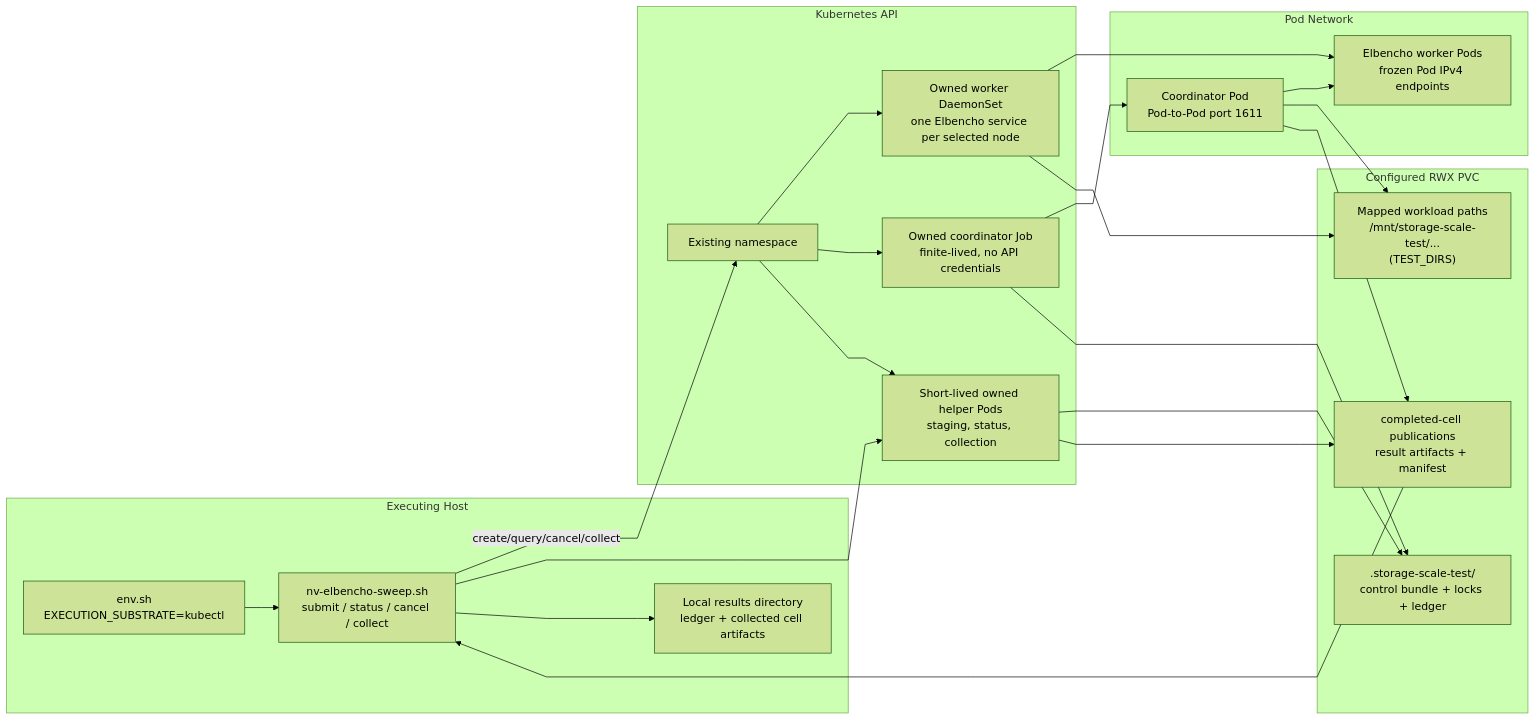
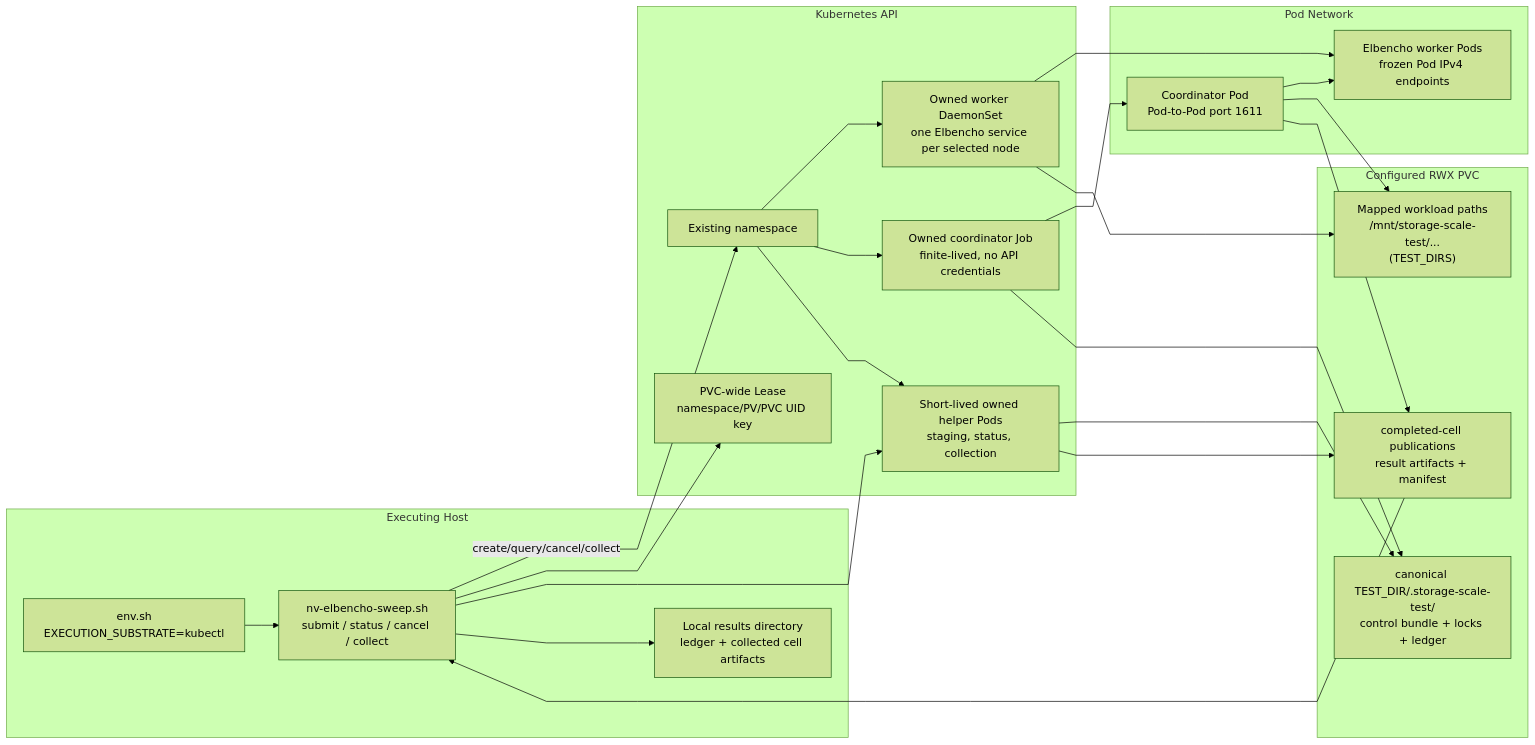
Before and after one commit to NVIDIA/storage-scale-test: the third of 3 diagrams in docs/ARCHITECTURE_DIAGRAMS.md, drawn with Mermaid (forest theme). The commit also changed other lines of this file and 20 other files, not shown here.

````diff
--- a/docs/ARCHITECTURE_DIAGRAMS.md
+++ b/docs/ARCHITECTURE_DIAGRAMS.md
@@ -189,44 +190,46 @@
 ```mermaid
 %%{init: {"flowchart": {"curve": "linear"}}}%%
 flowchart LR
   %% Kubernetes mode: submit quickly, then observe or collect asynchronously.
 
   subgraph HOST["Executing Host"]
     ENV["env.sh<br/>EXECUTION_SUBSTRATE=kubectl"]
     CLI["nv-elbencho-sweep.sh<br/>submit / status / cancel / collect"]
     RESULTS["Local results directory<br/>ledger + collected cell artifacts"]
   end
 
   subgraph API["Kubernetes API"]
     NS["Existing namespace"]
+    LEASE["PVC-wide Lease<br/>namespace/PV/PVC UID key"]
     DS["Owned worker DaemonSet<br/>one Elbencho service per selected node"]
     JOB["Owned coordinator Job<br/>finite-lived, no API credentials"]
     HELP["Short-lived owned helper Pods<br/>staging, status, collection"]
   end
 
   subgraph PVC["Configured RWX PVC"]
-    CONTROL[".storage-scale-test/<br/>control bundle + locks + ledger"]
+    CONTROL["canonical TEST_DIR/.storage-scale-test/<br/>control bundle + locks + ledger"]
     PUBLISHED["completed-cell publications<br/>result artifacts + manifest"]
     DATA["Mapped workload paths<br/>/mnt/storage-scale-test/...<br/>(TEST_DIRS) "]
   end
 
   subgraph NET["Pod Network"]
     W["Elbencho worker Pods<br/>frozen Pod IPv4 endpoints"]
     C["Coordinator Pod<br/>Pod-to-Pod port 1611"]
   end
 
   ENV --> CLI
   CLI -- "create/query/cancel/collect" --> NS
+  CLI --> LEASE
   CLI --> HELP
   NS --> DS --> W
   NS --> JOB --> C
   NS --> HELP
   DS --> DATA
   JOB --> CONTROL
   C --> W
   C --> DATA
   C --> PUBLISHED
   HELP --> CONTROL
   HELP --> PUBLISHED
   PUBLISHED --> CLI --> RESULTS
 ```
````
